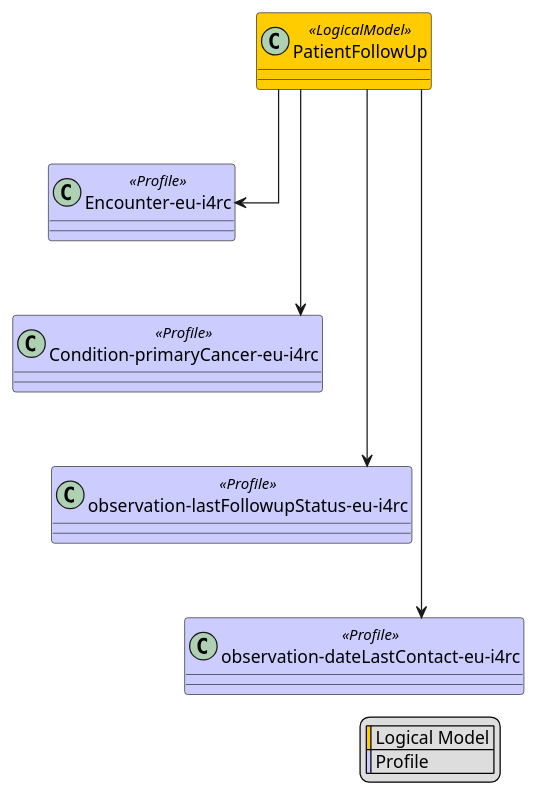
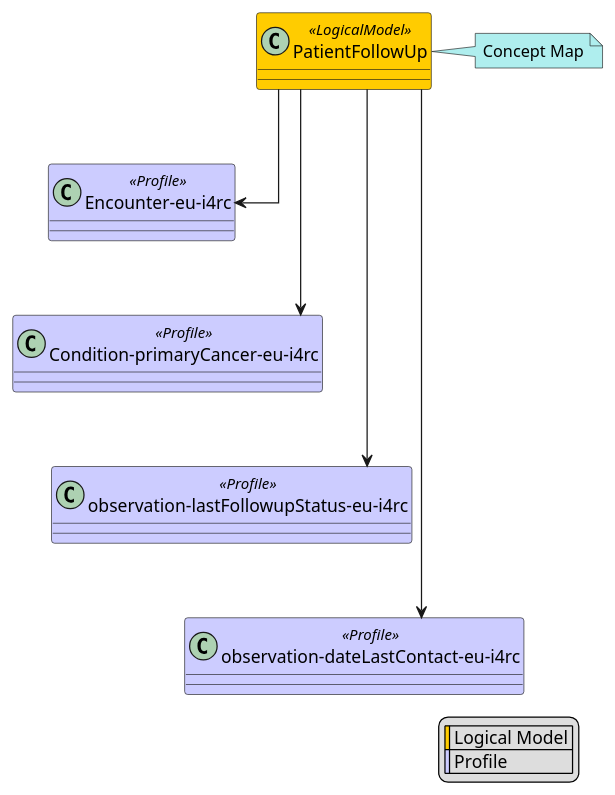
The diagram in input/images-source/PatientFollowUp-map.plantuml (hl7-eu/idea4rc), drawn with PlantUML before and after one commit. The commit also changed 32 other files, not shown here.

```diff
--- a/input/images-source/PatientFollowUp-map.plantuml
+++ b/input/images-source/PatientFollowUp-map.plantuml
@@ -1,23 +1,26 @@
 @startuml
 skinparam class {
     BackgroundColor<<LogicalModel>> #FFCC00
     BackgroundColor<<Profile>> #CCCCFF
 }
 skinparam linetype ortho
 legend right
   | <#FFCC00> | Logical Model |
   | <#CCCCFF> | Profile |
 endlegend
 class "PatientFollowUp" <<LogicalModel>> [[StructureDefinition-PatientFollowUp.html]]
+note right #PaleTurquoise [[ConceptMap-followup2FHIR.html]]
+Concept Map
+endnote
 class "Encounter-eu-i4rc" <<Profile>> [[StructureDefinition-Encounter-eu-i4rc.html]]
 "PatientFollowUp" --> "Encounter-eu-i4rc"
 class "Condition-primaryCancer-eu-i4rc" <<Profile>> [[StructureDefinition-Condition-primaryCancer-eu-i4rc.html]]
 "PatientFollowUp" --> "Condition-primaryCancer-eu-i4rc"
 "Encounter-eu-i4rc" -[hidden]-> "Condition-primaryCancer-eu-i4rc"
 class "observation-lastFollowupStatus-eu-i4rc" <<Profile>> [[StructureDefinition-observation-lastFollowupStatus-eu-i4rc.html]]
 "PatientFollowUp" --> "observation-lastFollowupStatus-eu-i4rc"
 "Condition-primaryCancer-eu-i4rc" -[hidden]-> "observation-lastFollowupStatus-eu-i4rc"
 class "observation-dateLastContact-eu-i4rc" <<Profile>> [[StructureDefinition-observation-dateLastContact-eu-i4rc.html]]
 "PatientFollowUp" --> "observation-dateLastContact-eu-i4rc"
 "observation-lastFollowupStatus-eu-i4rc" -[hidden]-> "observation-dateLastContact-eu-i4rc"
 @enduml
```
